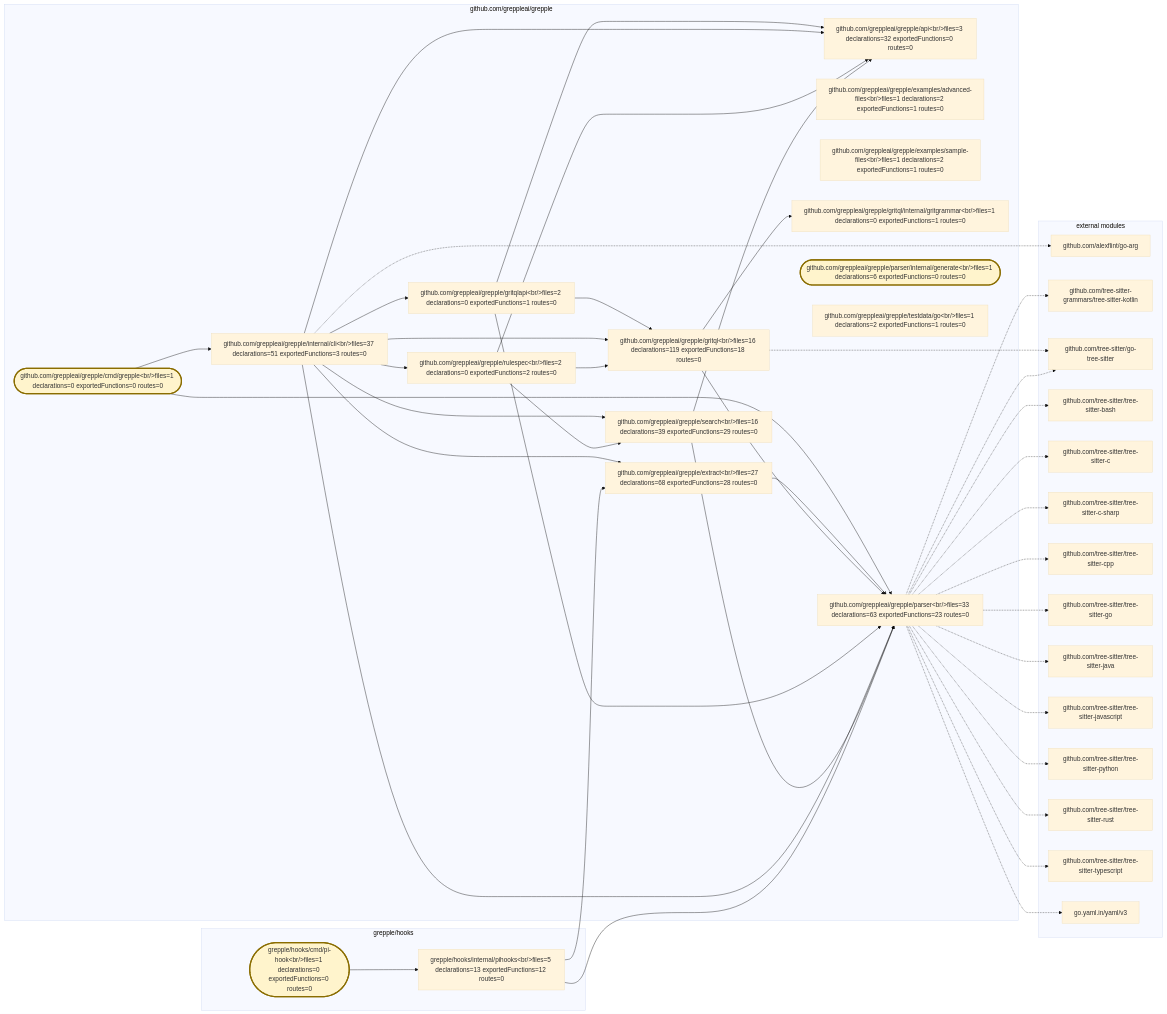
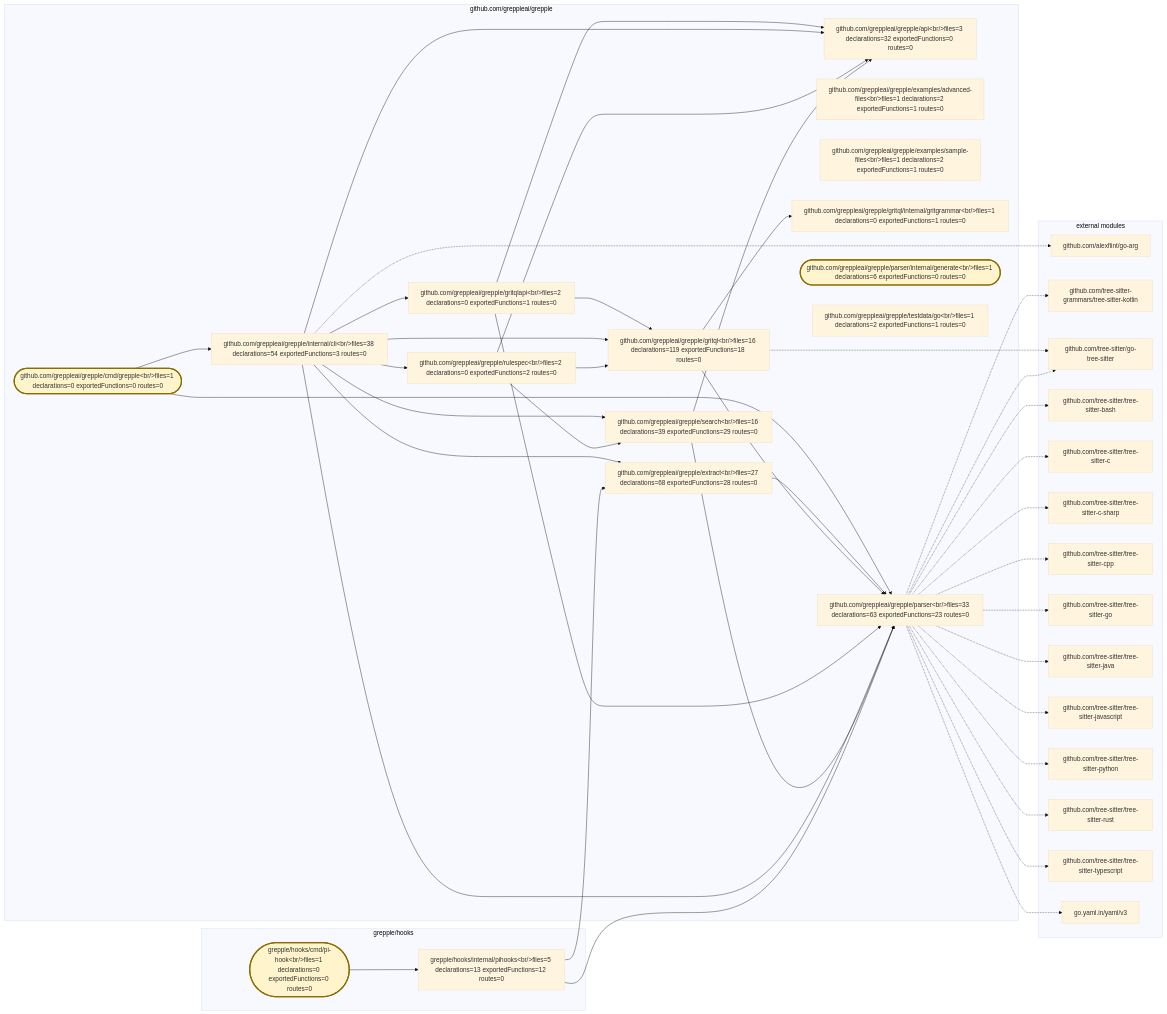
Before and after one commit to greppleai/grepple: the diagram in .grepple/project.workspace/overview.mmd, drawn with Mermaid (base theme). The commit also changed 13 other files, not shown here.

```diff
--- a/.grepple/project.workspace/overview.mmd
+++ b/.grepple/project.workspace/overview.mmd
@@ -1,79 +1,79 @@
 flowchart LR
     classDef entrypoint fill:#fff4cc,stroke:#8a6d00,stroke-width:3px
     subgraph module_0["github.com/greppleai/grepple"]
         package_0["github.com/greppleai/grepple/api&lt;br/&gt;files=3 declarations=32 exportedFunctions=0 routes=0"]
         package_1(["github.com/greppleai/grepple/cmd/grepple&lt;br/&gt;files=1 declarations=0 exportedFunctions=0 routes=0"])
         class package_1 entrypoint
         package_2["github.com/greppleai/grepple/examples/advanced-files&lt;br/&gt;files=1 declarations=2 exportedFunctions=1 routes=0"]
         package_3["github.com/greppleai/grepple/examples/sample-files&lt;br/&gt;files=1 declarations=2 exportedFunctions=1 routes=0"]
         package_4["github.com/greppleai/grepple/extract&lt;br/&gt;files=27 declarations=68 exportedFunctions=28 routes=0"]
         package_5["github.com/greppleai/grepple/gritql&lt;br/&gt;files=16 declarations=119 exportedFunctions=18 routes=0"]
         package_6["github.com/greppleai/grepple/gritql/internal/gritgrammar&lt;br/&gt;files=1 declarations=0 exportedFunctions=1 routes=0"]
         package_7["github.com/greppleai/grepple/gritqlapi&lt;br/&gt;files=2 declarations=0 exportedFunctions=1 routes=0"]
-        package_8["github.com/greppleai/grepple/internal/cli&lt;br/&gt;files=37 declarations=51 exportedFunctions=3 routes=0"]
+        package_8["github.com/greppleai/grepple/internal/cli&lt;br/&gt;files=38 declarations=54 exportedFunctions=3 routes=0"]
         package_9["github.com/greppleai/grepple/parser&lt;br/&gt;files=33 declarations=63 exportedFunctions=23 routes=0"]
         package_10(["github.com/greppleai/grepple/parser/internal/generate&lt;br/&gt;files=1 declarations=6 exportedFunctions=0 routes=0"])
         class package_10 entrypoint
         package_11["github.com/greppleai/grepple/rulespec&lt;br/&gt;files=2 declarations=0 exportedFunctions=2 routes=0"]
         package_12["github.com/greppleai/grepple/search&lt;br/&gt;files=16 declarations=39 exportedFunctions=29 routes=0"]
         package_13["github.com/greppleai/grepple/testdata/go&lt;br/&gt;files=1 declarations=2 exportedFunctions=1 routes=0"]
     end
     subgraph module_1["grepple/hooks"]
         package_14(["grepple/hooks/cmd/pi-hook&lt;br/&gt;files=1 declarations=0 exportedFunctions=0 routes=0"])
         class package_14 entrypoint
         package_15["grepple/hooks/internal/pihooks&lt;br/&gt;files=5 declarations=13 exportedFunctions=12 routes=0"]
     end
     package_1 --> package_8
     package_1 --> package_9
     package_4 --> package_9
     package_5 --> package_6
     package_5 --> package_9
     package_7 --> package_0
     package_7 --> package_5
     package_7 --> package_9
     package_8 --> package_0
     package_8 --> package_4
     package_8 --> package_5
     package_8 --> package_7
     package_8 --> package_9
     package_8 --> package_11
     package_8 --> package_12
     package_11 --> package_0
     package_11 --> package_5
     package_11 --> package_12
     package_12 --> package_0
     package_12 --> package_9
     package_14 --> package_15
     package_15 --> package_4
     package_15 --> package_9
     subgraph external_dependencies["external modules"]
         external_0["github.com/alexflint/go-arg"]
         external_1["github.com/tree-sitter-grammars/tree-sitter-kotlin"]
         external_2["github.com/tree-sitter/go-tree-sitter"]
         external_3["github.com/tree-sitter/tree-sitter-bash"]
         external_4["github.com/tree-sitter/tree-sitter-c"]
         external_5["github.com/tree-sitter/tree-sitter-c-sharp"]
         external_6["github.com/tree-sitter/tree-sitter-cpp"]
         external_7["github.com/tree-sitter/tree-sitter-go"]
         external_8["github.com/tree-sitter/tree-sitter-java"]
         external_9["github.com/tree-sitter/tree-sitter-javascript"]
         external_10["github.com/tree-sitter/tree-sitter-python"]
         external_11["github.com/tree-sitter/tree-sitter-rust"]
         external_12["github.com/tree-sitter/tree-sitter-typescript"]
         external_13["go.yaml.in/yaml/v3"]
     end
     package_8 -.-> external_0
     package_9 -.-> external_1
     package_5 -.-> external_2
     package_9 -.-> external_2
     package_9 -.-> external_3
     package_9 -.-> external_4
     package_9 -.-> external_5
     package_9 -.-> external_6
     package_9 -.-> external_7
     package_9 -.-> external_8
     package_9 -.-> external_9
     package_9 -.-> external_10
     package_9 -.-> external_11
     package_9 -.-> external_12
     package_9 -.-> external_13
```
